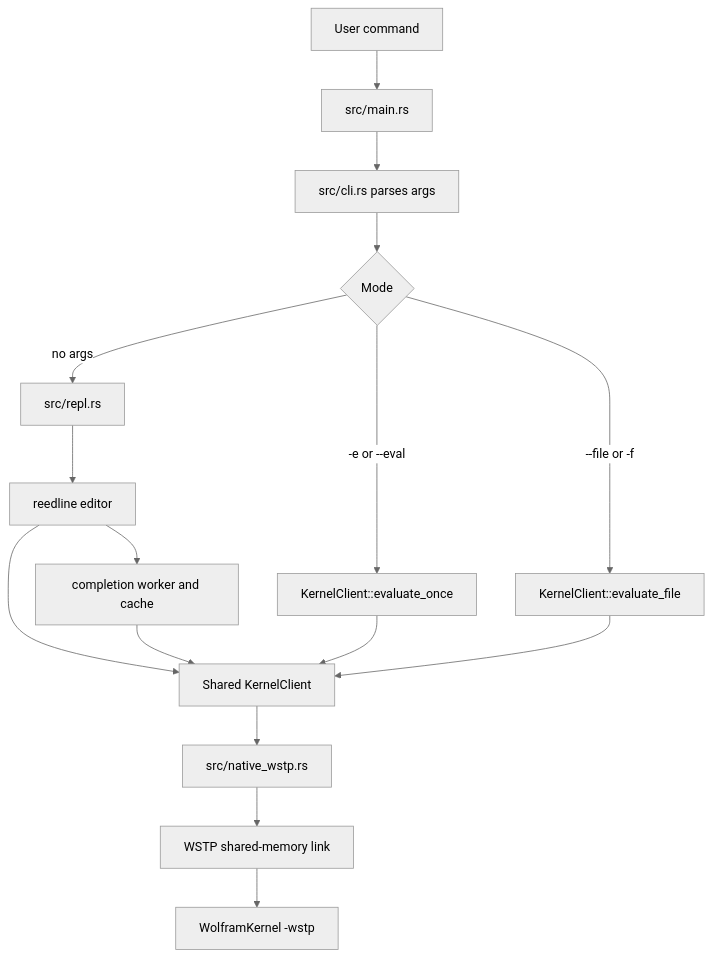
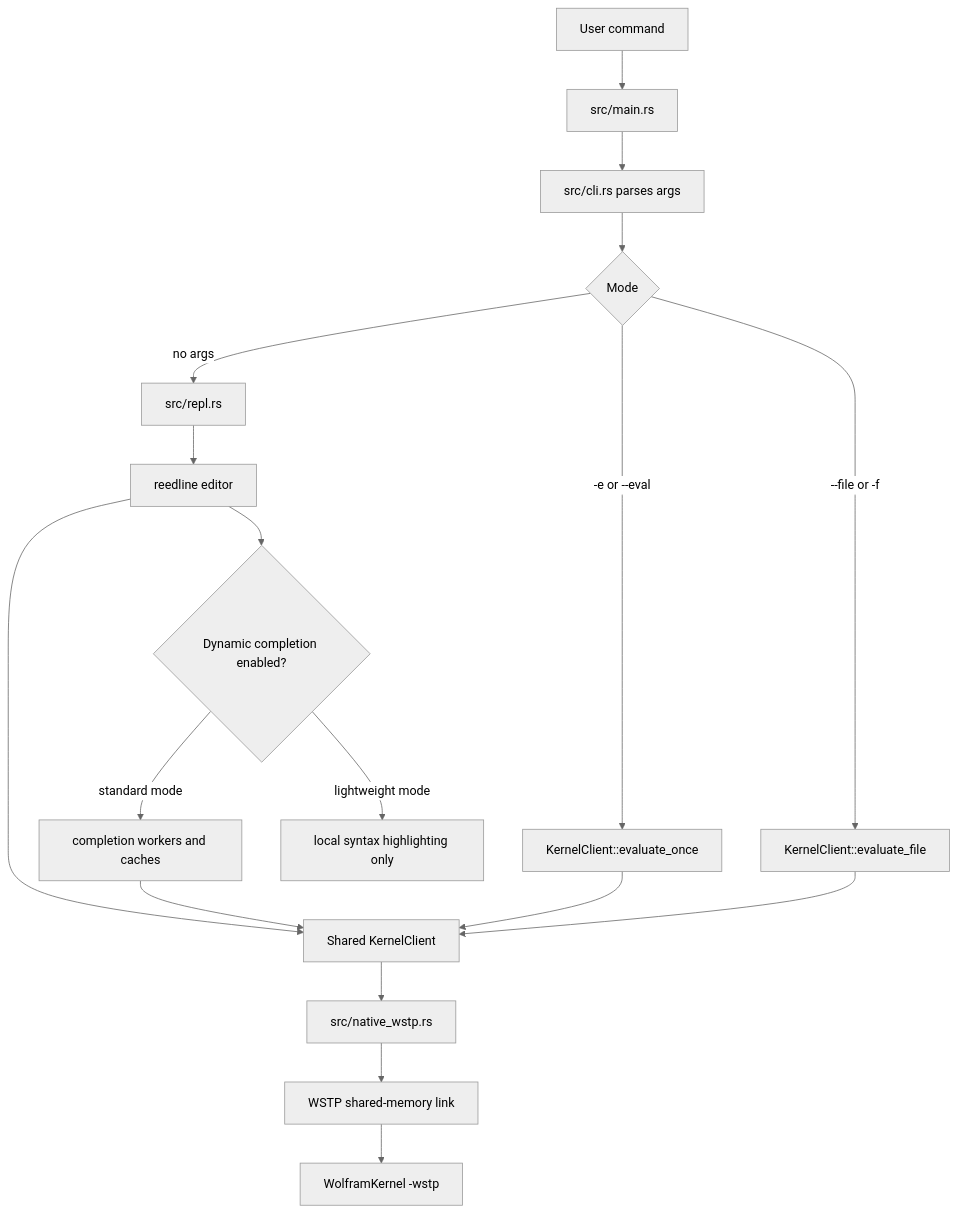
Before and after one commit to ToneAr/wolfie: the first of 15 diagrams in docs/Architecture.md, drawn with Mermaid (neutral theme). The commit also changed other lines of this file and 17 other files, not shown here.

````diff
--- a/docs/Architecture.md
+++ b/docs/Architecture.md
@@ -18,22 +18,24 @@
 ```mermaid
 flowchart TD
     User[User command] --> Cli[src/main.rs]
     Cli --> Args[src/cli.rs parses args]
 
     Args --> EvalMode{Mode}
     EvalMode -->|no args| Repl[src/repl.rs]
     EvalMode -->|-e or --eval| OneShot[KernelClient::evaluate_once]
     EvalMode -->|--file or -f| Script[KernelClient::evaluate_file]
 
     Repl --> Reedline[reedline editor]
     Reedline --> KernelShared[Shared KernelClient]
     OneShot --> KernelShared
     Script --> KernelShared
 
     KernelShared --> NativeWstp[src/native_wstp.rs]
     NativeWstp --> WstpLink[WSTP shared-memory link]
     WstpLink --> Kernel[WolframKernel -wstp]
 
-    Reedline --> Completion[completion worker and cache]
+    Reedline --> FeatureGate{Dynamic completion enabled?}
+    FeatureGate -->|standard mode| Completion[completion workers and caches]
     Completion --> KernelShared
+    FeatureGate -->|lightweight mode| LocalHighlight[local syntax highlighting only]
 ```
````
